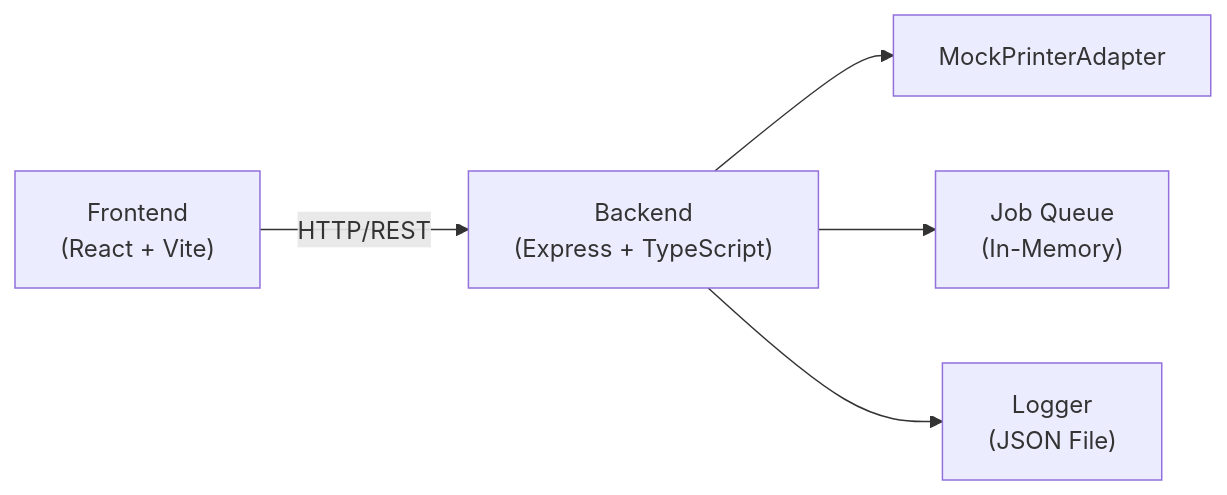
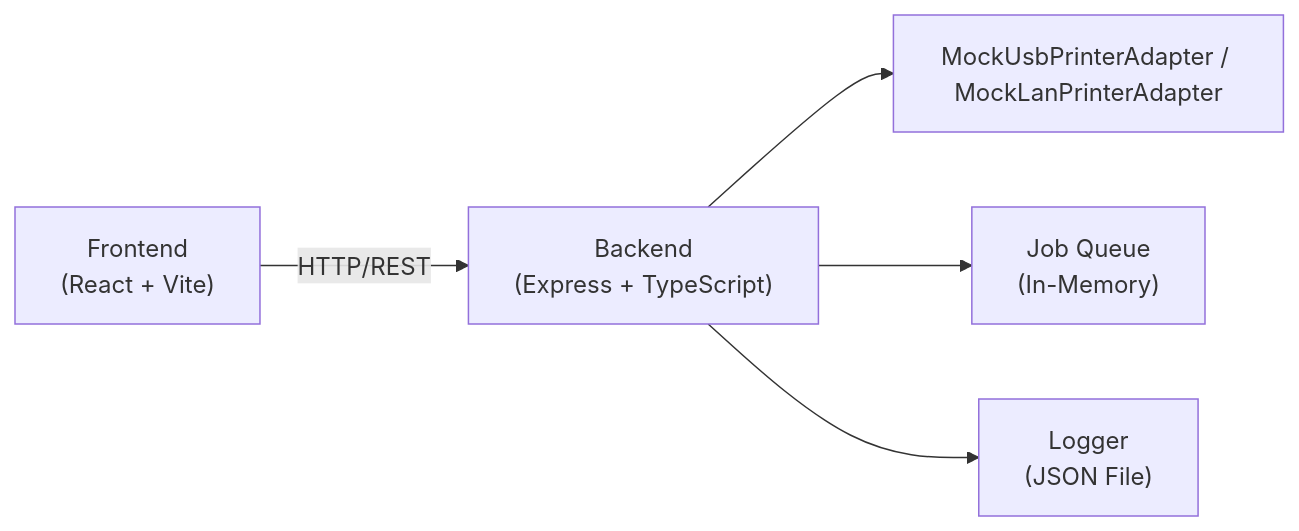
One commit to ahmetguness/aco-thermal-printer-service changed the diagram in README.md. Above: the diagram before and after it, drawn with Mermaid. The commit also changed other lines of this file and 6 other files, not shown here.

````diff
--- a/README.md
+++ b/README.md
@@ -28,7 +30,7 @@
 ```mermaid
 graph LR
     A["Frontend<br/>(React + Vite)"] -->|HTTP/REST| B["Backend<br/>(Express + TypeScript)"]
-    B --> C["MockPrinterAdapter"]
+    B --> C["MockUsbPrinterAdapter / MockLanPrinterAdapter"]
     B --> D["Job Queue<br/>(In-Memory)"]
     B --> E["Logger<br/>(JSON File)"]
 ```
````
